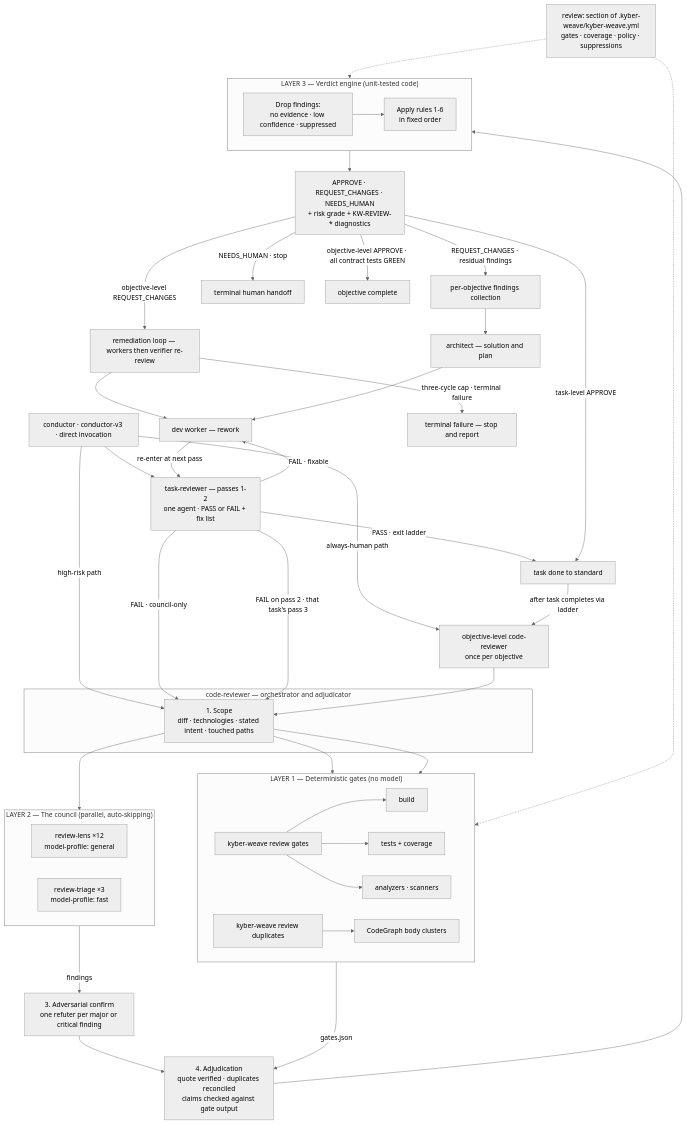
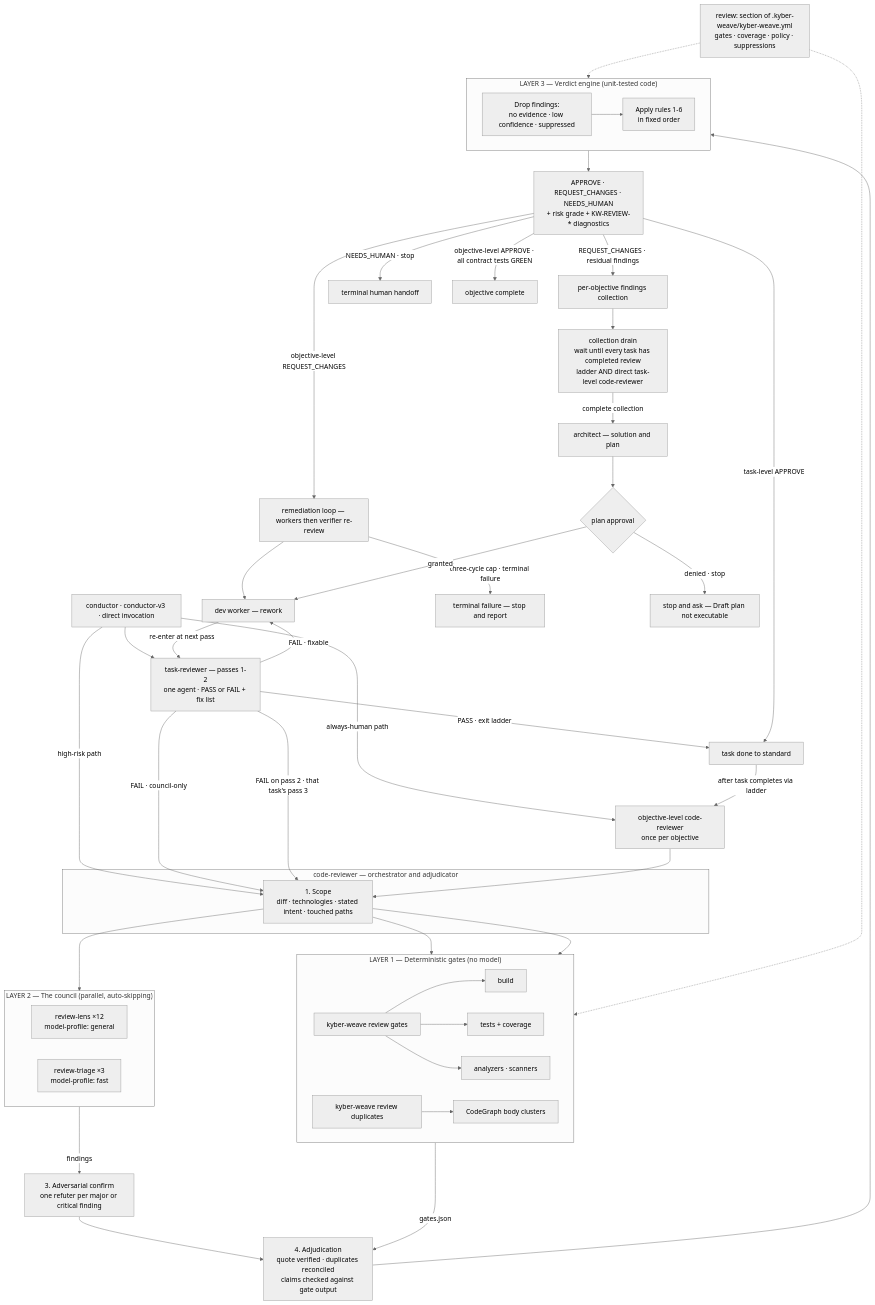
Before and after one commit to dpalfery/kyber-weave: the first of 4 diagrams in docs/code-review/architecture.md, drawn with Mermaid (neutral theme).

Commit message:
fix(squad): address round-9 CodeRabbit findings on task-reviewer

````diff
--- a/docs/code-review/architecture.md
+++ b/docs/code-review/architecture.md
@@ -40,62 +40,65 @@
 ```mermaid
 flowchart TD
     Cfg["review: section of .kyber-weave/kyber-weave.yml<br/>gates · coverage · policy · suppressions"]
     Caller["conductor · conductor-v3 · direct invocation"] --> Ladder
     Caller -->|"always-human path"| ObjReview
     Caller -->|"high-risk path"| Scope
     Worker["dev worker — rework"]
     Ladder["task-reviewer — passes 1-2<br/>one agent · PASS or FAIL + fix list"]
     Ladder -->|"PASS · exit ladder"| TaskDone["task done to standard"]
     Ladder -->|"FAIL · fixable"| Worker
     Worker -->|"re-enter at next pass"| Ladder
     Ladder -->|"FAIL · council-only"| Scope
     Ladder -->|"FAIL on pass 2 · that task's pass 3"| Scope
     TaskDone -->|"after task completes via ladder"| ObjReview["objective-level code-reviewer<br/>once per objective"]
     ObjReview --> Scope
 
     subgraph CR["code-reviewer — orchestrator and adjudicator"]
         Scope["1. Scope<br/>diff · technologies · stated intent · touched paths"]
     end
 
     Scope --> GR
     Scope --> DG
     Scope --> Council
 
     subgraph Gates["LAYER 1 — Deterministic gates (no model)"]
         direction LR
         GR["kyber-weave review gates"] --> G1["build"] & G2["tests + coverage"] & G3["analyzers · scanners"]
         DG["kyber-weave review duplicates"] --> G4["CodeGraph body clusters"]
     end
 
     subgraph Council["LAYER 2 — The council (parallel, auto-skipping)"]
         direction LR
         RL["review-lens ×12<br/>model-profile: general"]
         RT["review-triage ×3<br/>model-profile: fast"]
     end
 
     Council -->|"findings"| Confirm["3. Adversarial confirm<br/>one refuter per major or critical finding"]
     Confirm --> Adjudicate
     Gates -->|"gates.json"| Adjudicate
 
     Adjudicate["4. Adjudication<br/>quote verified · duplicates reconciled<br/>claims checked against gate output"] --> VE
 
     subgraph VE["LAYER 3 — Verdict engine (unit-tested code)"]
         direction LR
         Drop["Drop findings:<br/>no evidence · low confidence · suppressed"] --> Rules["Apply rules 1-6<br/>in fixed order"]
     end
 
     VE --> Out["APPROVE · REQUEST_CHANGES · NEEDS_HUMAN<br/>+ risk grade + KW-REVIEW-* diagnostics"]
 
     Out -->|"task-level APPROVE"| TaskDone
     Out -->|"REQUEST_CHANGES · residual findings"| Findings["per-objective findings collection"]
     Out -->|"NEEDS_HUMAN · stop"| Human["terminal human handoff"]
     Out -->|"objective-level APPROVE · all contract tests GREEN"| ObjComplete["objective complete"]
     Out -->|"objective-level REQUEST_CHANGES"| ObjRemed["remediation loop — workers then verifier re-review"]
     ObjRemed --> Worker
     ObjRemed -->|"three-cycle cap · terminal failure"| ObjFailed["terminal failure — stop and report"]
-    Findings --> Architect["architect — solution and plan"]
-    Architect --> Worker
+    Findings --> Drain["collection drain<br/>wait until every task has completed review<br/>ladder AND direct task-level code-reviewer"]
+    Drain -->|"complete collection"| Architect["architect — solution and plan"]
+    Architect --> Approval{"plan approval"}
+    Approval -->|"granted"| Worker
+    Approval -->|"denied · stop"| PlanDenied["stop and ask — Draft plan not executable"]
 
     Cfg -.-> Gates
     Cfg -.-> VE
 ```
````
